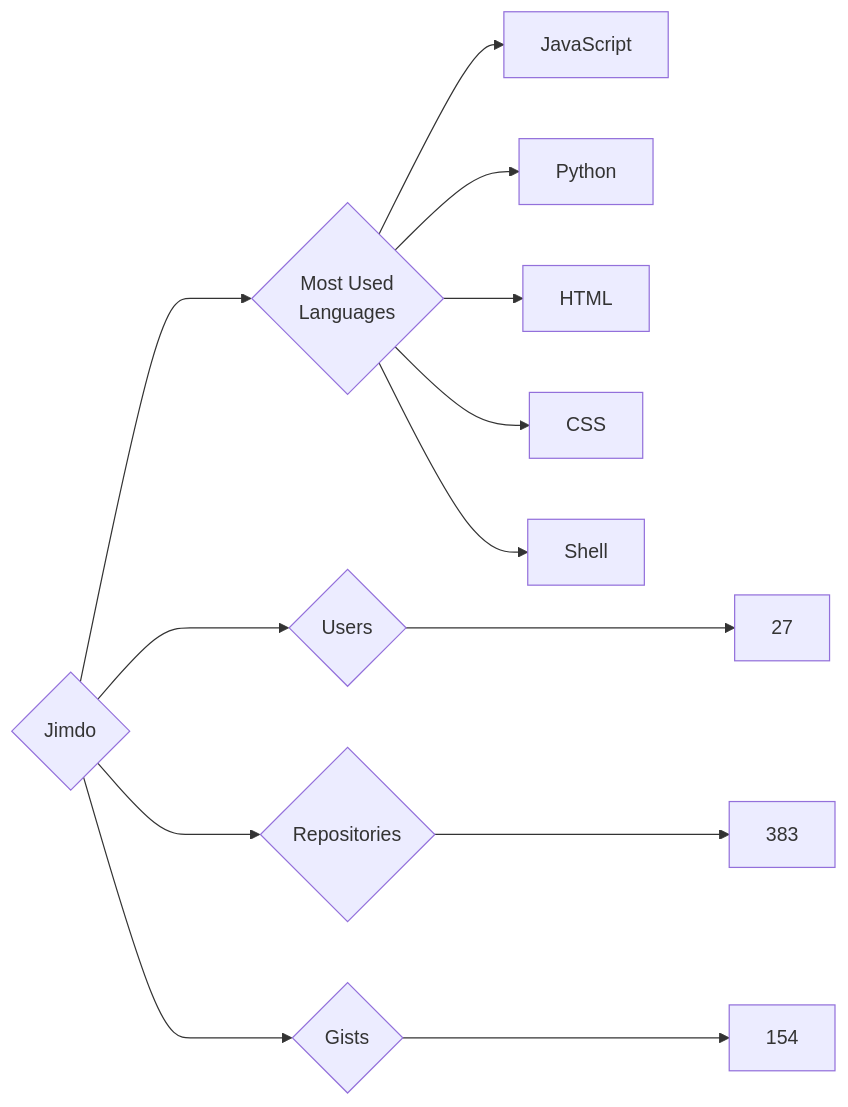
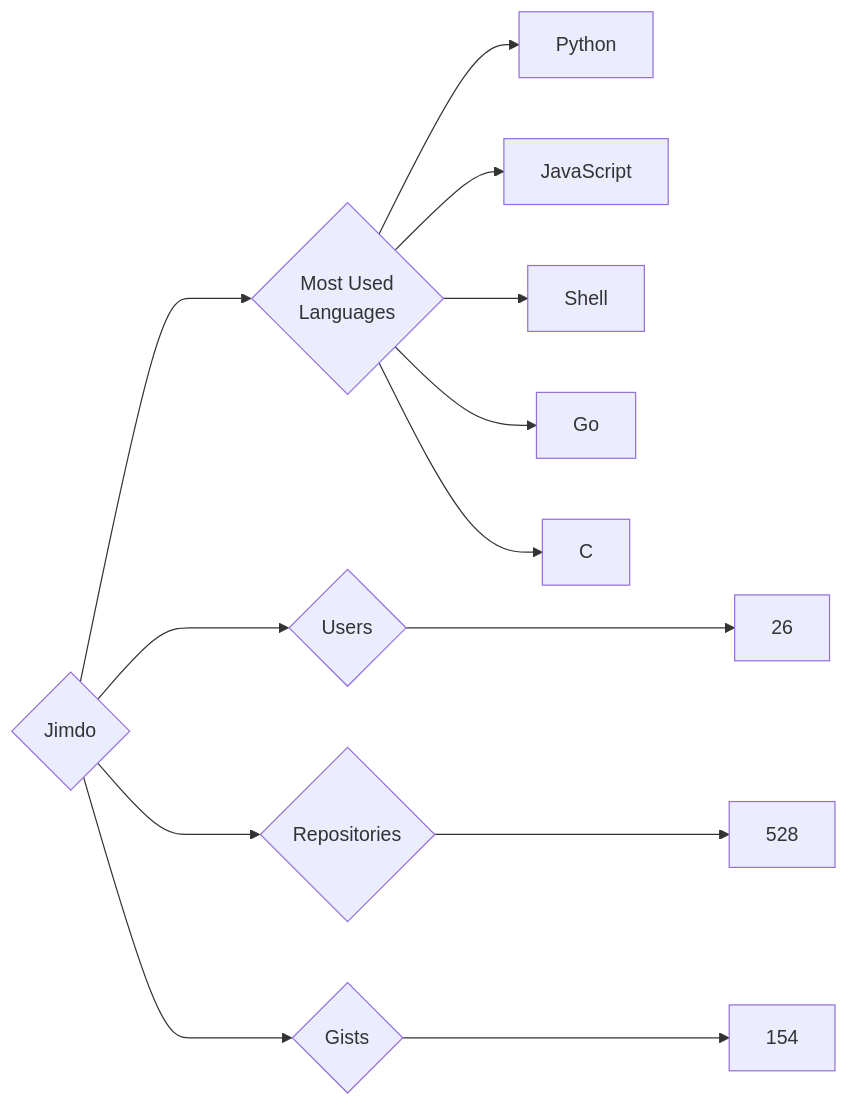
Before and after one commit to trickest/insiders: the diagram in targets/Jimdo/README.md, drawn with Mermaid. The commit also changed 614 other files, not shown here.

````diff
--- a/targets/Jimdo/README.md
+++ b/targets/Jimdo/README.md
@@ -3,13 +3,13 @@
 ```mermaid
 graph LR
 COMPANY_NAME{Jimdo}
-COMPANY_NAME ---> U{Users} ---> UN[27]
-COMPANY_NAME ---> R{Repositories} ---> RN[383]
+COMPANY_NAME ---> U{Users} ---> UN[26]
+COMPANY_NAME ---> R{Repositories} ---> RN[528]
 COMPANY_NAME ---> G{Gists} ---> GN[154]
 COMPANY_NAME ---> ML{Most Used<br>Languages}
+ML --> Python[Python]
 ML --> JavaScript[JavaScript]
-ML --> Python[Python]
-ML --> HTML[HTML]
-ML --> CSS[CSS]
 ML --> Shell[Shell]
+ML --> Go[Go]
+ML --> C[C]
 ```
````
